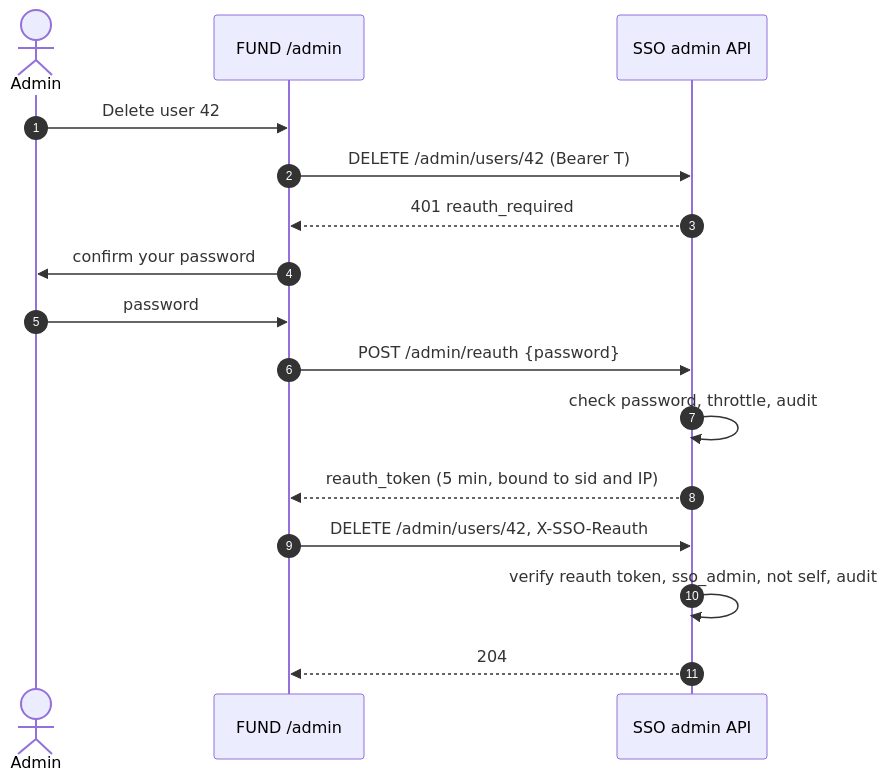
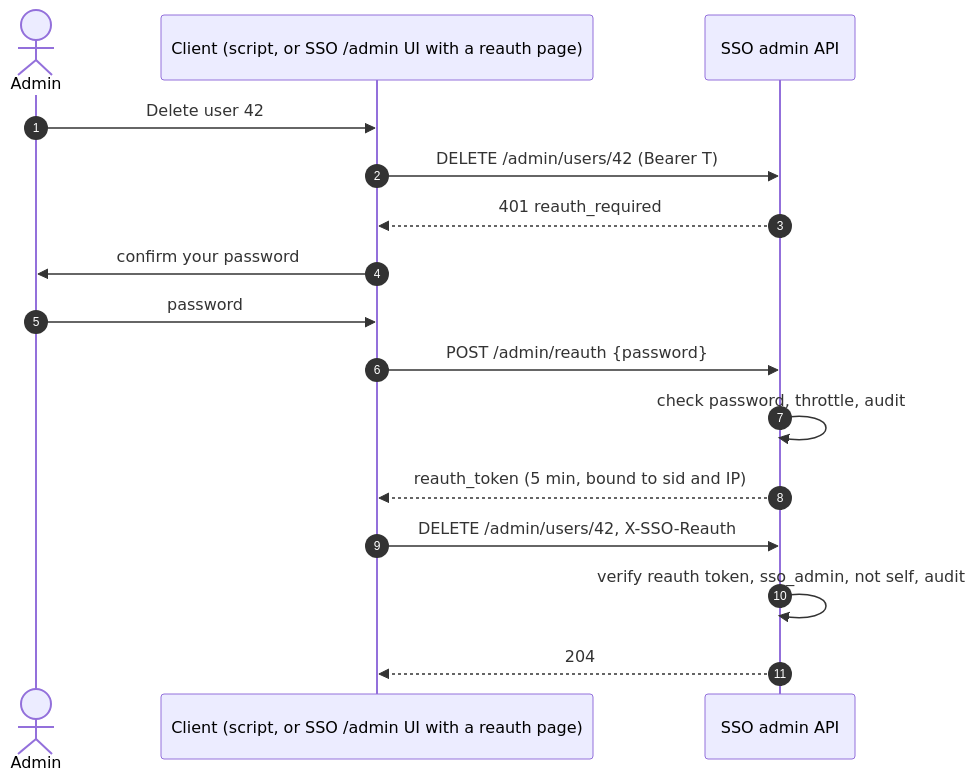
Diagram 14 of 18 in docs/ECOSYSTEM-INTEGRATION.md (Neural-Matrix-LLC/SSO-server), drawn with Mermaid before and after one commit. The commit also changed other lines of this file, not shown here.

Commit message:
docs(ecosystem): admin UI moves to the SSO (/admin, v1.3d); FUND v1.5b loses admin UI; SGMCP v1.4 design pointer

````diff
--- a/docs/ECOSYSTEM-INTEGRATION.md
+++ b/docs/ECOSYSTEM-INTEGRATION.md
@@ -725,18 +752,18 @@
 ```mermaid
 sequenceDiagram
   autonumber
   actor A as Admin
-  participant UI as FUND /admin
+  participant UI as Client (script, or SSO /admin UI with a reauth page)
   participant SSO as SSO admin API
   A->>UI: Delete user 42
   UI->>SSO: DELETE /admin/users/42 (Bearer T)
   SSO-->>UI: 401 reauth_required
   UI->>A: confirm your password
   A->>UI: password
   UI->>SSO: POST /admin/reauth {password}
   SSO->>SSO: check password, throttle, audit
   SSO-->>UI: reauth_token (5 min, bound to sid and IP)
   UI->>SSO: DELETE /admin/users/42, X-SSO-Reauth
   SSO->>SSO: verify reauth token, sso_admin, not self, audit
   SSO-->>UI: 204
 ```
````
